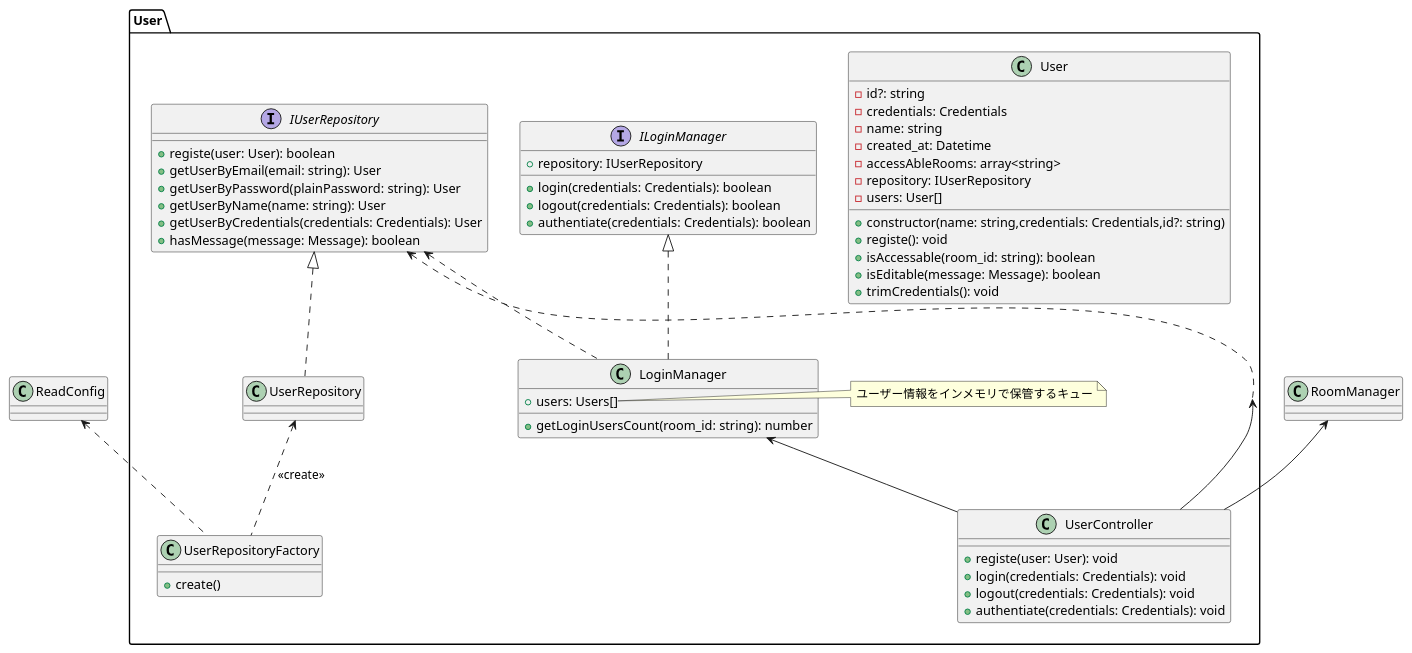
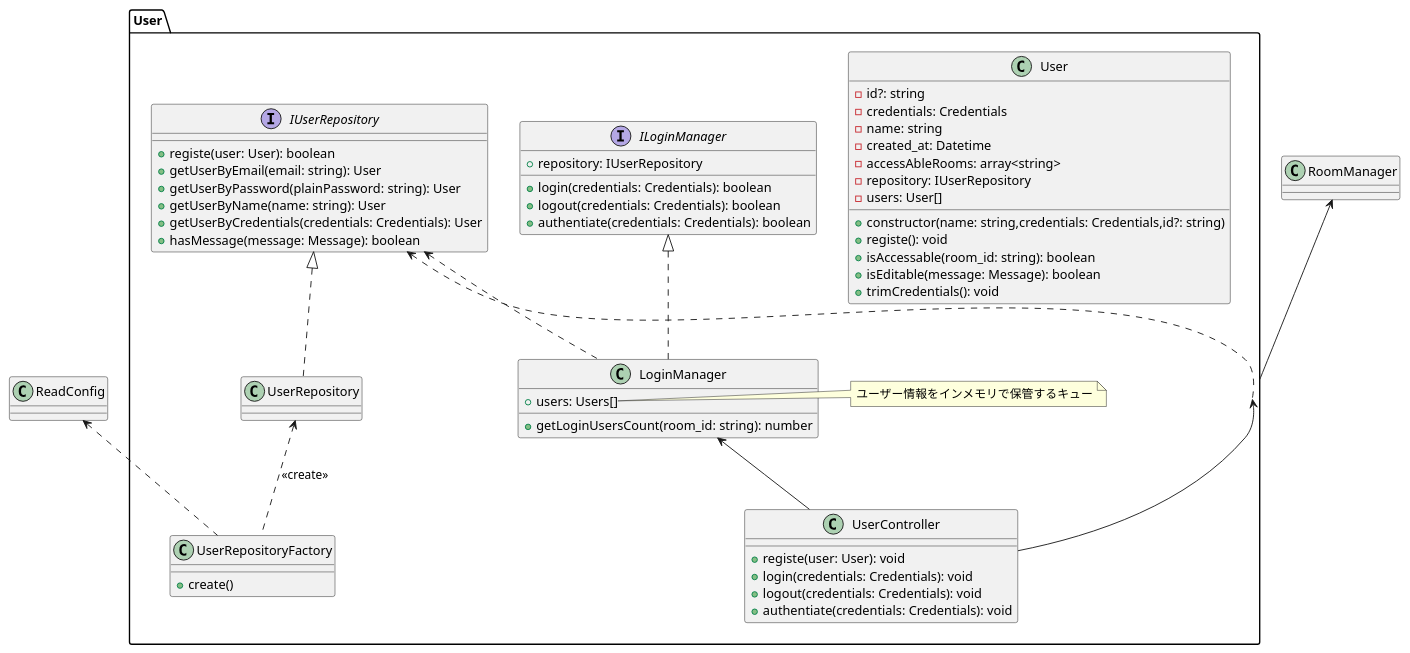
Before and after one commit to TOnodera/chatterman: the diagram in documents/plantUML/クラス図/サーバー/クラス図User.wsd, drawn with PlantUML. The commit also changed 16 other files, not shown here.

```diff
--- a/documents/plantUML/クラス図/サーバー/クラス図User.wsd
+++ b/documents/plantUML/クラス図/サーバー/クラス図User.wsd
@@ -1,69 +1,69 @@
 @startuml
 
 package User{
 
     class User{
         -id?: string
         -credentials: Credentials
         -name: string
         -created_at: Datetime
         -accessAbleRooms: array<string>
         -repository: IUserRepository
         -users: User[]
         +constructor(name: string,credentials: Credentials,id?: string)
         +registe(): void
         +isAccessable(room_id: string): boolean
         +isEditable(message: Message): boolean
         +trimCredentials(): void
     }
 
     Interface ILoginManager{
         +repository: IUserRepository
         +login(credentials: Credentials): boolean
         +logout(credentials: Credentials): boolean
         +authentiate(credentials: Credentials): boolean
     }
 
     class LoginManager{
         +users: Users[]
         +getLoginUsersCount(room_id: string): number
     }
     note right of LoginManager::users
         ユーザー情報をインメモリで保管するキュー
     endnote
 
     Interface IUserRepository{
         +registe(user: User): boolean
         +getUserByEmail(email: string): User
         +getUserByPassword(plainPassword: string): User
         +getUserByName(name: string): User
         +getUserByCredentials(credentials: Credentials): User
         +hasMessage(message: Message): boolean
     }
 
     class UserRepository
 
     class UserController{
         +registe(user: User): void
         +login(credentials: Credentials): void
         +logout(credentials: Credentials): void
         +authentiate(credentials: Credentials): void
     }
 
     class UserRepositoryFactory{
         +create()
     }
 
 }
 
 User <-- UserController
 ILoginManager <|.. LoginManager
 IUserRepository <.. User
 IUserRepository <.. LoginManager
 ReadConfig <.. UserRepositoryFactory
 IUserRepository <|.. UserRepository
 UserRepository <.. UserRepositoryFactory : <<create>>
-RoomManager <-- UserController
 LoginManager <-- UserController
+RoomManager <-- User
 
 @enduml
```
